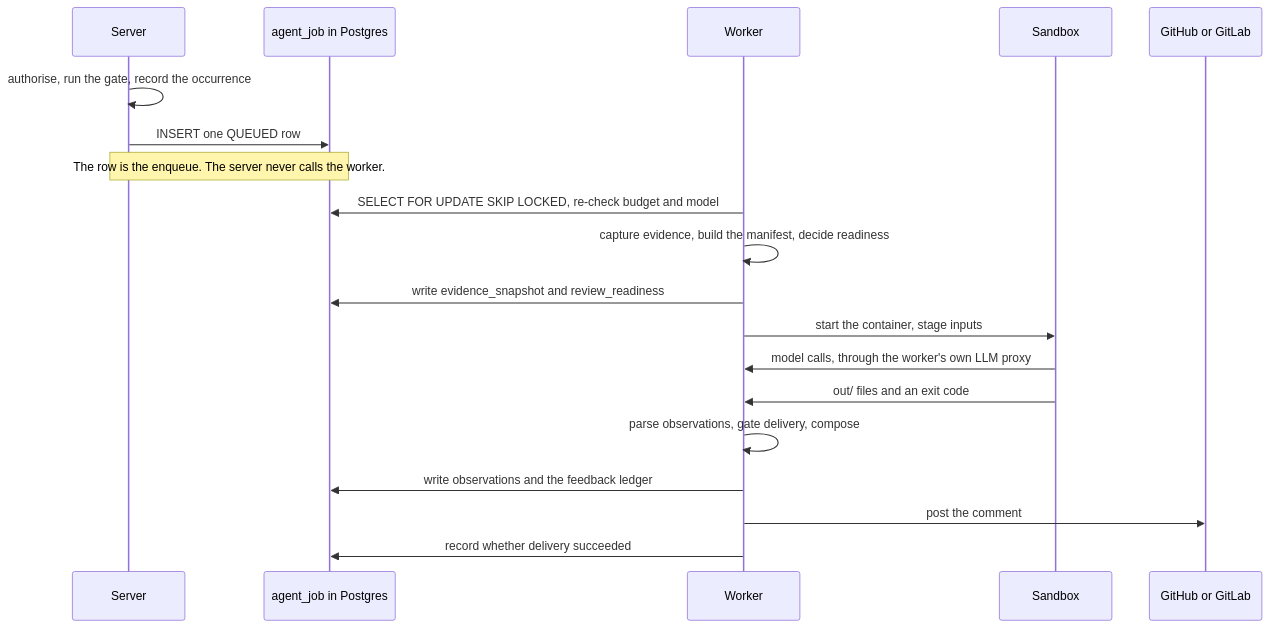
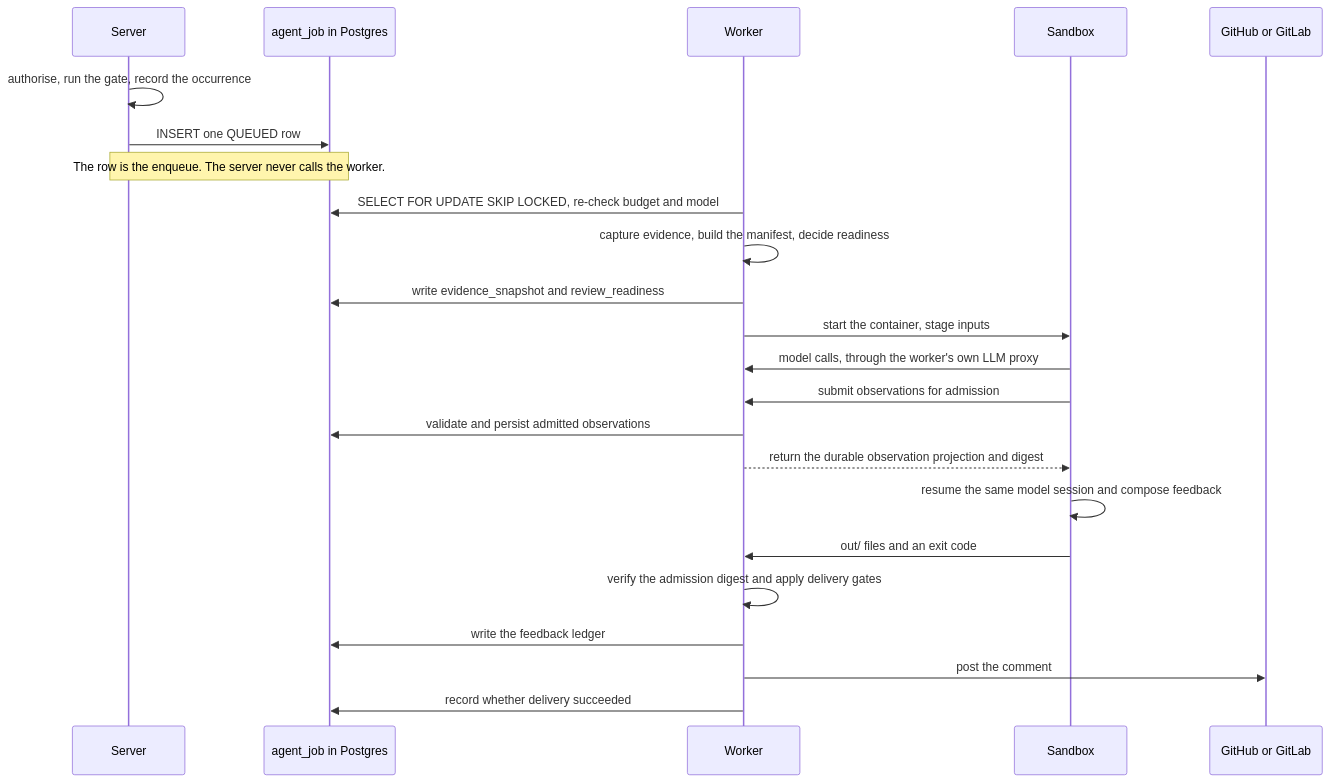
The fifth of 5 diagrams in docs/contributor/practice-review-pipeline.mdx (ls1intum/Hephaestus), drawn with Mermaid before and after one commit. The commit also changed other lines of this file and 9 other files, not shown here.

````diff
--- a/docs/contributor/practice-review-pipeline.mdx
+++ b/docs/contributor/practice-review-pipeline.mdx
@@ -504,21 +496,25 @@
 ```mermaid
 sequenceDiagram
     participant S as Server
     participant DB as agent_job in Postgres
     participant W as Worker
     participant SB as Sandbox
     participant SCM as GitHub or GitLab
     S->>S: authorise, run the gate, record the occurrence
     S->>DB: INSERT one QUEUED row
     Note over S,DB: The row is the enqueue. The server never calls the worker.
     W->>DB: SELECT FOR UPDATE SKIP LOCKED, re-check budget and model
     W->>W: capture evidence, build the manifest, decide readiness
     W->>DB: write evidence_snapshot and review_readiness
     W->>SB: start the container, stage inputs
     SB->>W: model calls, through the worker's own LLM proxy
+    SB->>W: submit observations for admission
+    W->>DB: validate and persist admitted observations
+    W-->>SB: return the durable observation projection and digest
+    SB->>SB: resume the same model session and compose feedback
     SB->>W: out/ files and an exit code
-    W->>W: parse observations, gate delivery, compose
-    W->>DB: write observations and the feedback ledger
+    W->>W: verify the admission digest and apply delivery gates
+    W->>DB: write the feedback ledger
     W->>SCM: post the comment
     W->>DB: record whether delivery succeeded
 ```
````
